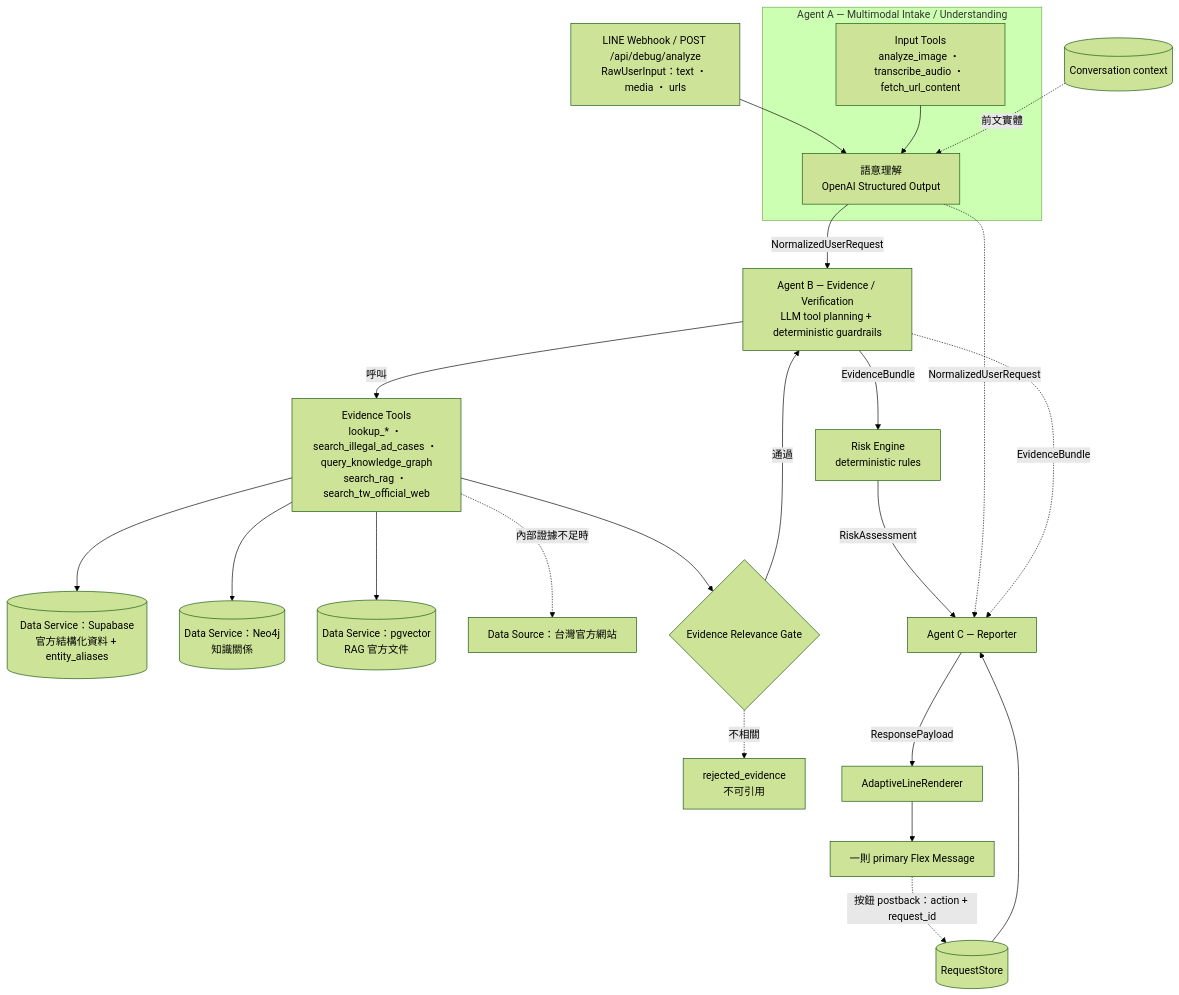
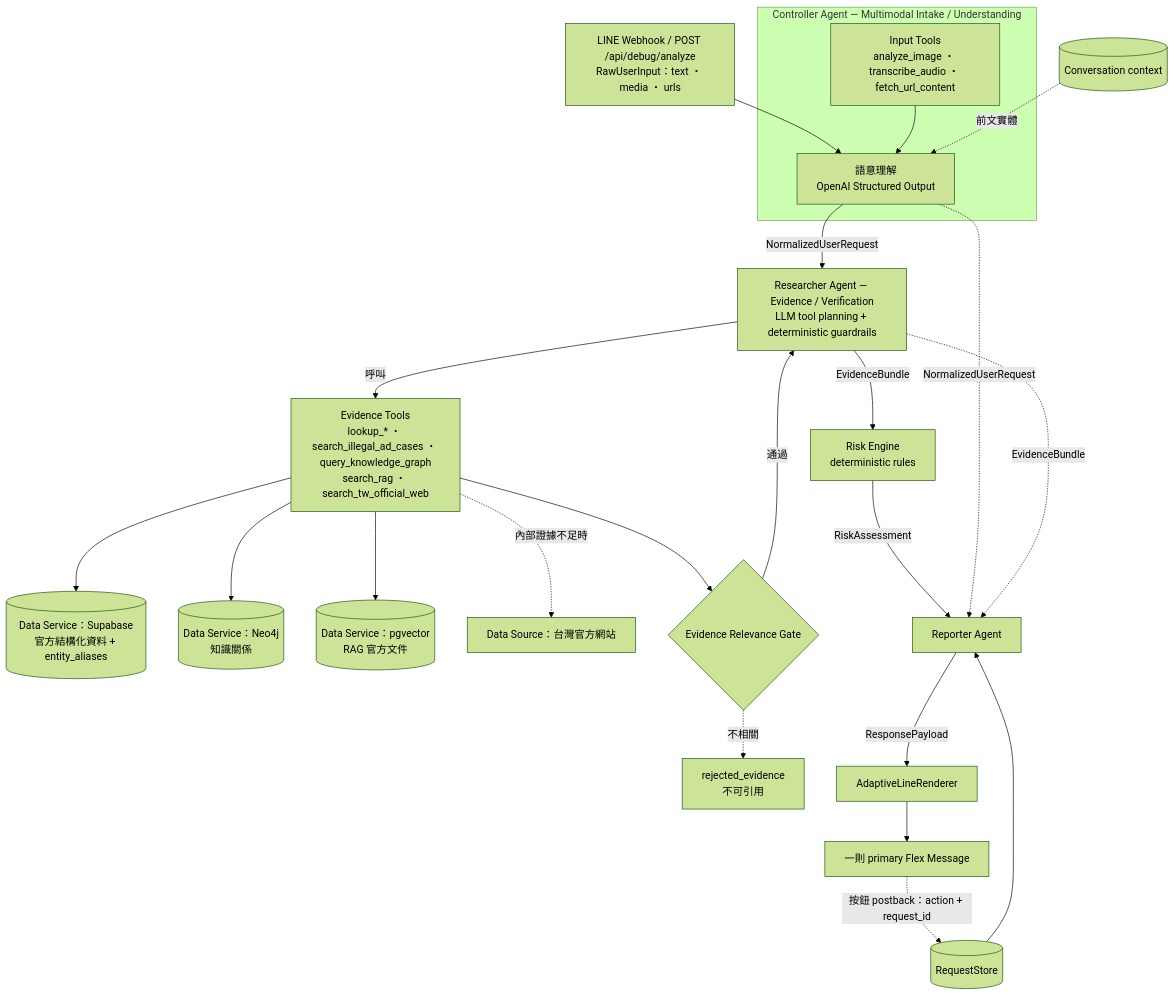
Before and after one commit to Mia0702/nutri-safe-ai-tw: the diagram in README.md, drawn with Mermaid (forest theme). The commit also changed other lines of this file and 1545 other files, not shown here.

````diff
--- a/README.md
+++ b/README.md
@@ -13,25 +13,25 @@
 ```mermaid
 flowchart TD
     IN[LINE Webhook / POST /api/debug/analyze<br/>RawUserInput：text ・ media ・ urls] --> A
-    subgraph AA[Agent A — Multimodal Intake / Understanding]
+    subgraph AA[Controller Agent — Multimodal Intake / Understanding]
         IT[Input Tools<br/>analyze_image ・ transcribe_audio ・ fetch_url_content] --> A[語意理解<br/>OpenAI Structured Output]
     end
     CTX[(Conversation context)] -.前文實體.-> A
-    A -->|NormalizedUserRequest| B[Agent B — Evidence / Verification<br/>LLM tool planning + deterministic guardrails]
+    A -->|NormalizedUserRequest| B[Researcher Agent — Evidence / Verification<br/>LLM tool planning + deterministic guardrails]
     B -->|呼叫| ET[Evidence Tools<br/>lookup_* ・ search_illegal_ad_cases ・ query_knowledge_graph<br/>search_rag ・ search_tw_official_web]
     ET --> D1[(Data Service：Supabase<br/>官方結構化資料 + entity_aliases)]
     ET --> D2[(Data Service：Neo4j<br/>知識關係)]
     ET --> D3[(Data Service：pgvector<br/>RAG 官方文件)]
     ET -.內部證據不足時.-> D4[Data Source：台灣官方網站]
     ET --> G{Evidence Relevance Gate}
     G -->|通過| B
     G -.不相關.-> REJ[rejected_evidence<br/>不可引用]
     B -->|EvidenceBundle| R[Risk Engine<br/>deterministic rules]
-    R -->|RiskAssessment| C[Agent C — Reporter]
+    R -->|RiskAssessment| C[Reporter Agent]
     A -.NormalizedUserRequest.-> C
     B -.EvidenceBundle.-> C
     C -->|ResponsePayload| RD[AdaptiveLineRenderer]
     RD --> OUT[一則 primary Flex Message]
     OUT -.按鈕 postback：action + request_id.-> RS[(RequestStore)]
     RS --> C
 ```
````
